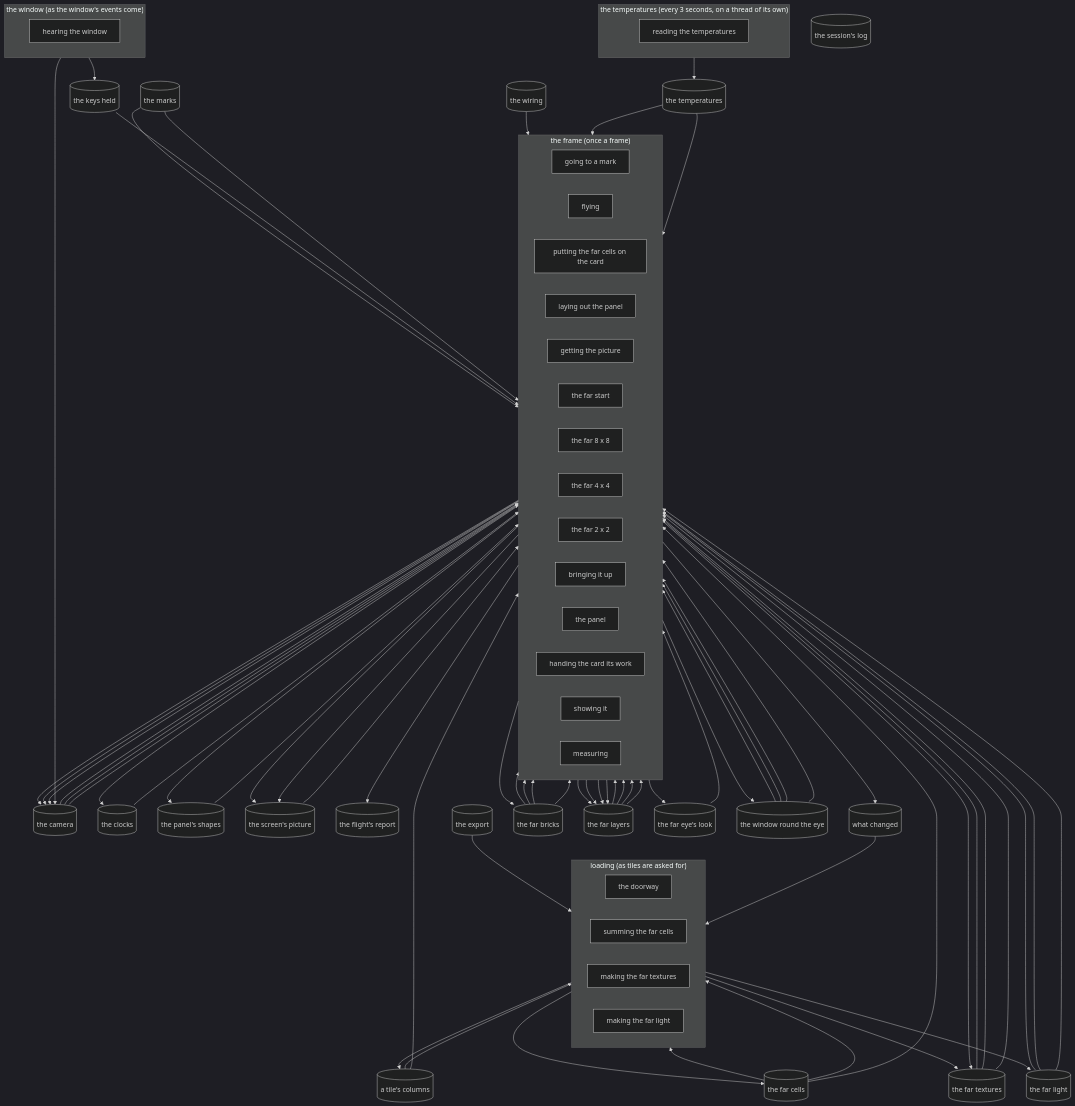
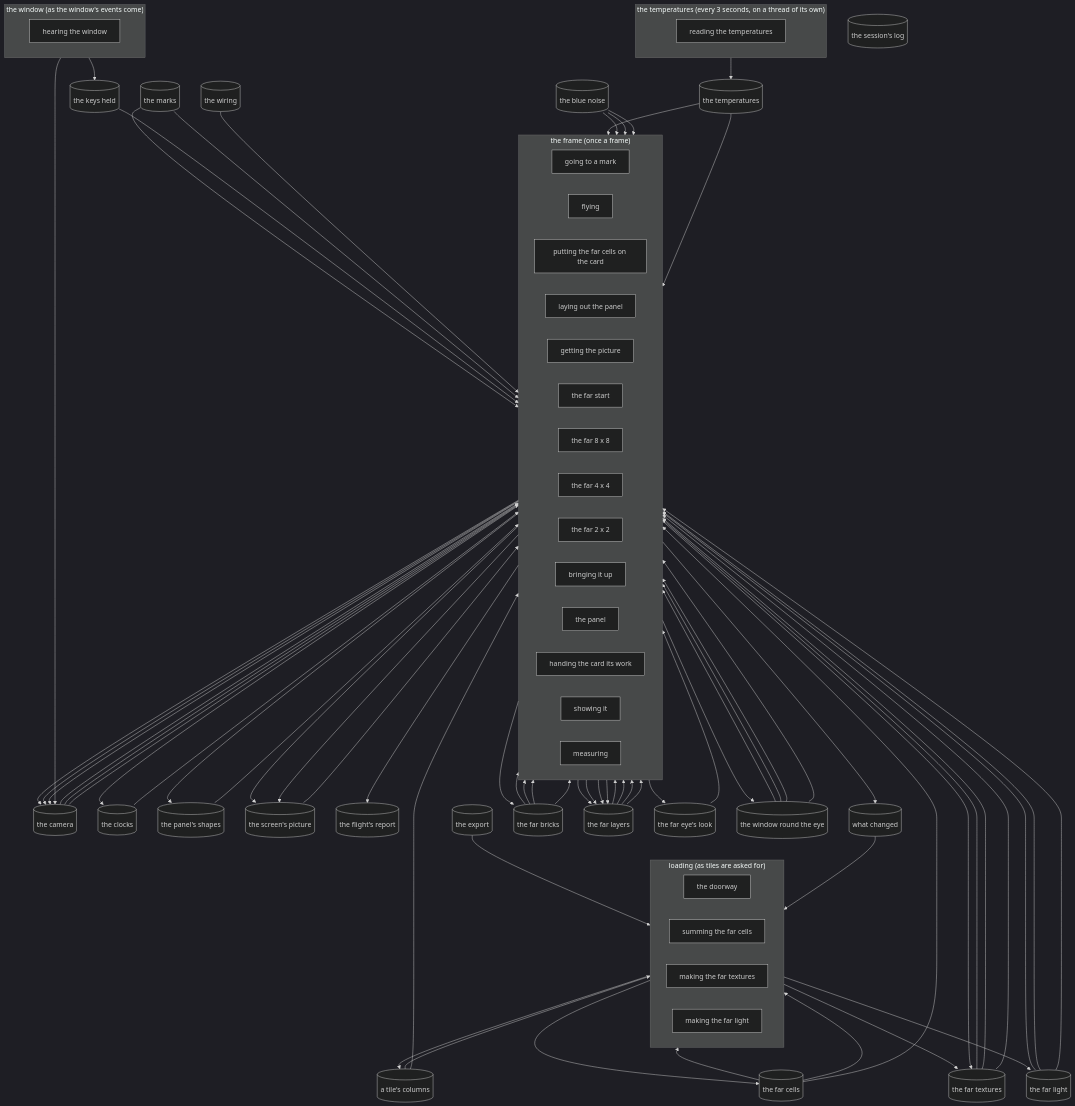
The diagram in master/map.md (david138collins/incus-artus), drawn with Mermaid (dark theme) before and after one commit. The commit also changed other lines of this file and 10 other files, not shown here.

```diff
--- a/master/map.md
+++ b/master/map.md
@@ -60,6 +60,7 @@
   store_the_far_eye_s_look[("the far eye's look")]
   store_the_far_textures[("the far textures")]
   store_the_far_light[("the far light")]
+  store_the_blue_noise[("the blue noise")]
   store_the_window_round_the_eye[("the window round the eye")]
   store_the_temperatures[("the temperatures")]
   pass_hearing_the_window --> store_the_keys_held
@@ -90,18 +91,21 @@
   store_the_far_bricks --> pass_the_far_8_x_8
   store_the_far_textures --> pass_the_far_8_x_8
   store_the_far_light --> pass_the_far_8_x_8
+  store_the_blue_noise --> pass_the_far_8_x_8
   store_the_window_round_the_eye --> pass_the_far_8_x_8
   store_the_far_layers --> pass_the_far_8_x_8
   pass_the_far_8_x_8 --> store_the_far_layers
   store_the_far_bricks --> pass_the_far_4_x_4
   store_the_far_textures --> pass_the_far_4_x_4
   store_the_far_light --> pass_the_far_4_x_4
+  store_the_blue_noise --> pass_the_far_4_x_4
   store_the_window_round_the_eye --> pass_the_far_4_x_4
   store_the_far_layers --> pass_the_far_4_x_4
   pass_the_far_4_x_4 --> store_the_far_layers
   store_the_far_bricks --> pass_the_far_2_x_2
   store_the_far_textures --> pass_the_far_2_x_2
   store_the_far_light --> pass_the_far_2_x_2
+  store_the_blue_noise --> pass_the_far_2_x_2
   store_the_window_round_the_eye --> pass_the_far_2_x_2
   store_the_far_layers --> pass_the_far_2_x_2
   pass_the_far_2_x_2 --> store_the_far_layers
```
